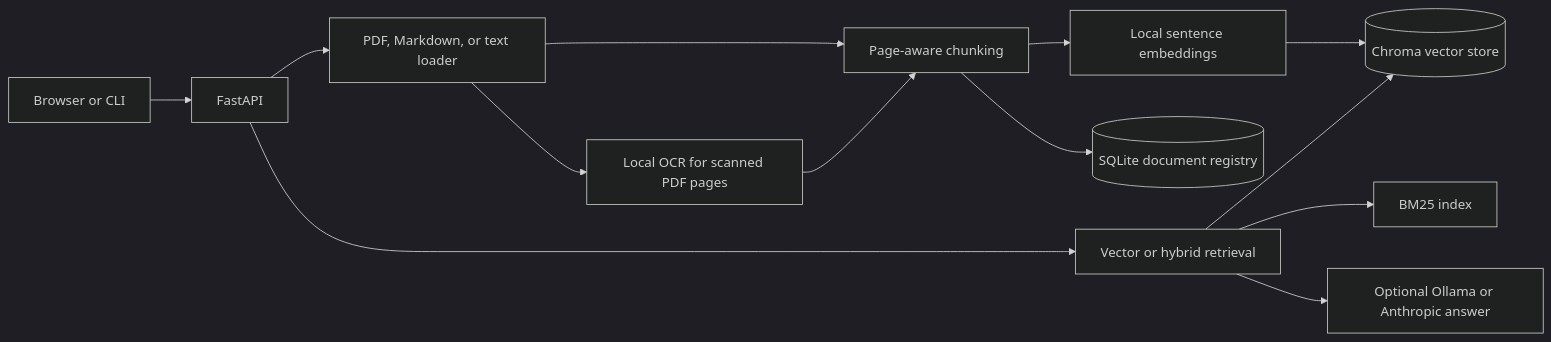
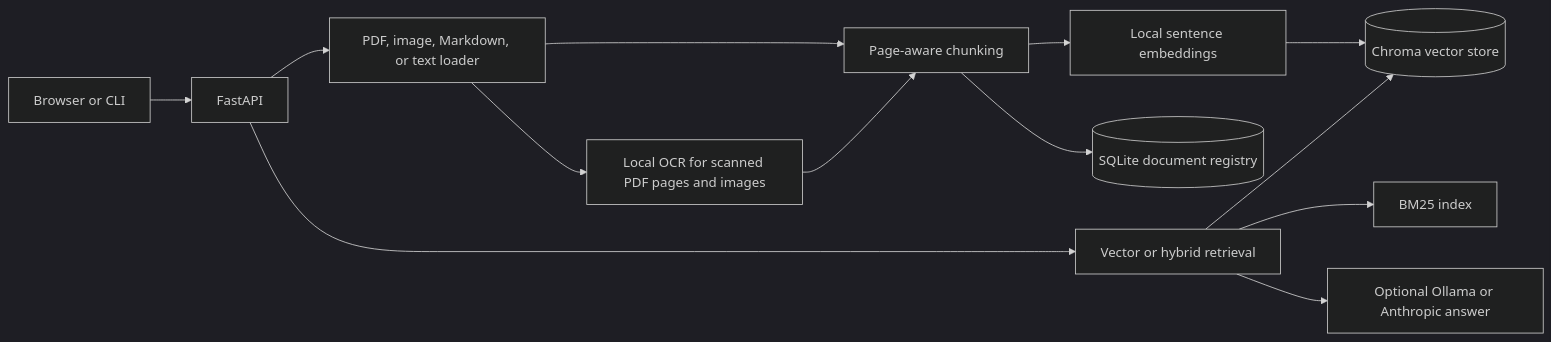
The diagram in README.md (raiyan-mahmud-git/docu-mind), drawn with Mermaid (dark theme) before and after one commit. The commit also changed other lines of this file and 20 other files, not shown here.

````diff
--- a/README.md
+++ b/README.md
@@ -103,15 +108,15 @@
 ```mermaid
 flowchart LR
     User[Browser or CLI] --> API[FastAPI]
-    API --> Upload[PDF, Markdown, or text loader]
-    Upload --> OCR[Local OCR for scanned PDF pages]
+    API --> Upload[PDF, image, Markdown, or text loader]
+    Upload --> OCR[Local OCR for scanned PDF pages and images]
     Upload --> Split[Page-aware chunking]
     OCR --> Split
     Split --> Embed[Local sentence embeddings]
     Embed --> Store[(Chroma vector store)]
     Split --> Registry[(SQLite document registry)]
     API --> Retrieve[Vector or hybrid retrieval]
     Retrieve --> Store
     Retrieve --> BM25[BM25 index]
     Retrieve --> OptionalLLM[Optional Ollama or Anthropic answer]
 ```
````
